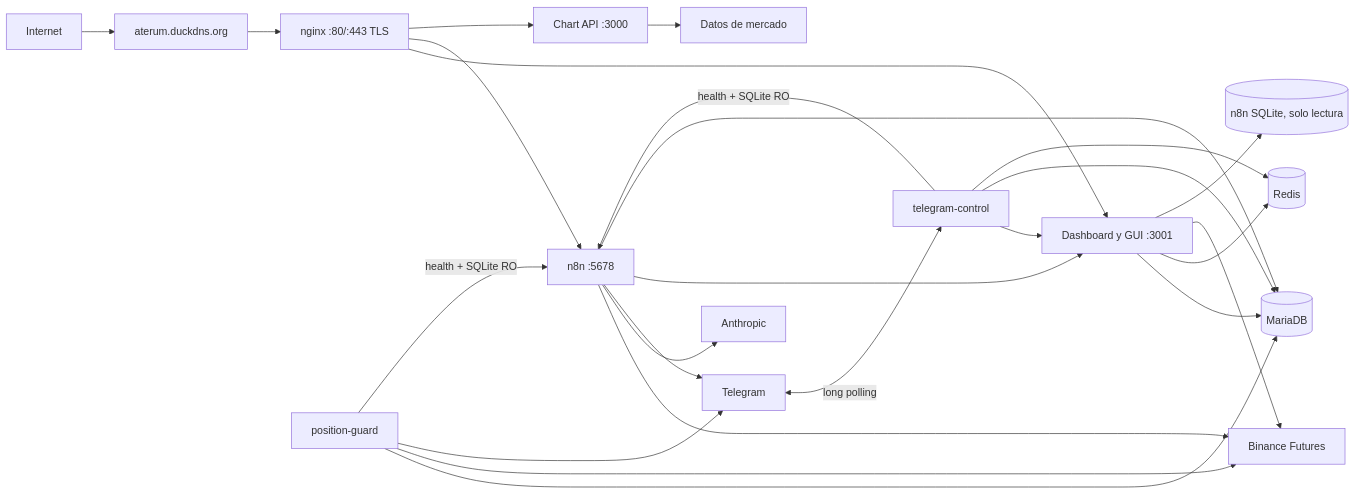
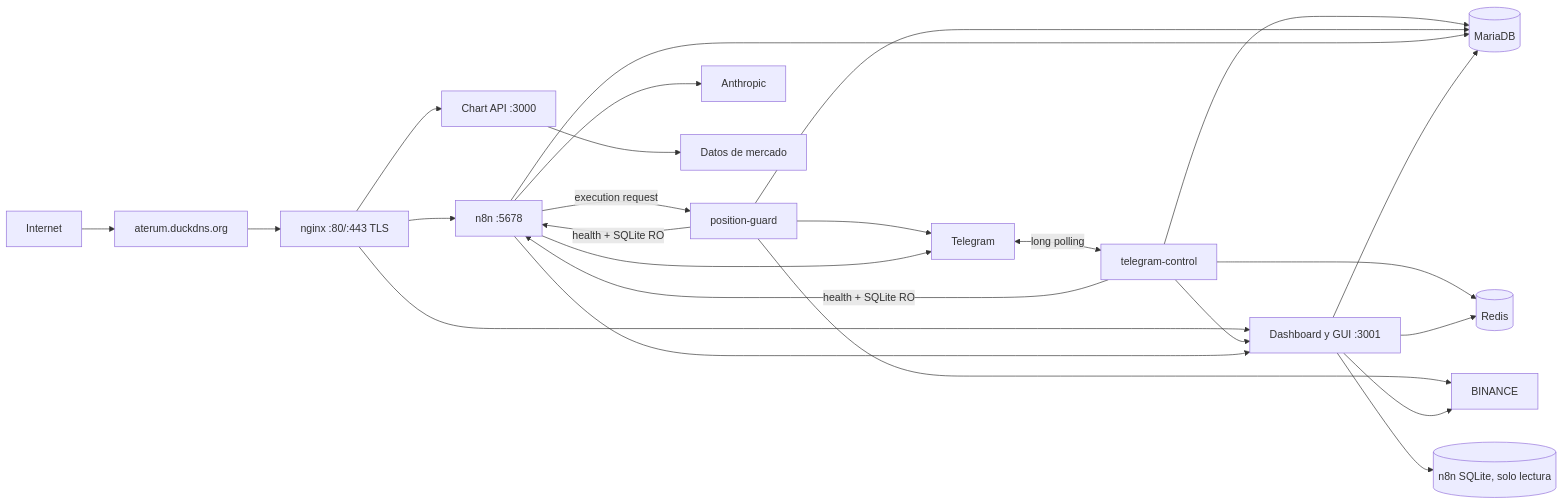
The first of 2 diagrams in bot-control/architecture/README.md (dycr1603-source/aterum_gui), drawn with Mermaid before and after one commit. The commit also changed other lines of this file and 20 other files, not shown here.

````diff
--- a/bot-control/architecture/README.md
+++ b/bot-control/architecture/README.md
@@ -5,28 +5,28 @@
 ```mermaid
 flowchart LR
   Internet --> DNS[aterum.duckdns.org]
   DNS --> NGINX[nginx :80/:443 TLS]
   NGINX --> GUI[Dashboard y GUI :3001]
   NGINX --> N8N[n8n :5678]
   NGINX --> CHART[Chart API :3000]
   TELEGRAM[Telegram] <-->|long polling| TGCTRL[telegram-control]
   TGCTRL --> GUI
   TGCTRL --> MYSQL
   TGCTRL --> REDIS
   TGCTRL -->|health + SQLite RO| N8N
   GUARD[position-guard] --> MYSQL
   GUARD --> BINANCE
   GUARD --> TELEGRAM
   GUARD -->|health + SQLite RO| N8N
 
-  N8N --> BINANCE[Binance Futures]
+  N8N -->|execution request| GUARD
   N8N --> ANTHROPIC[Anthropic]
   N8N --> TELEGRAM[Telegram]
   N8N --> GUI
   N8N --> MYSQL[(MariaDB)]
   GUI --> MYSQL
   GUI --> REDIS[(Redis)]
   GUI --> BINANCE
   GUI --> N8NDB[(n8n SQLite, solo lectura)]
   CHART --> MARKET[Datos de mercado]
 ```
````
